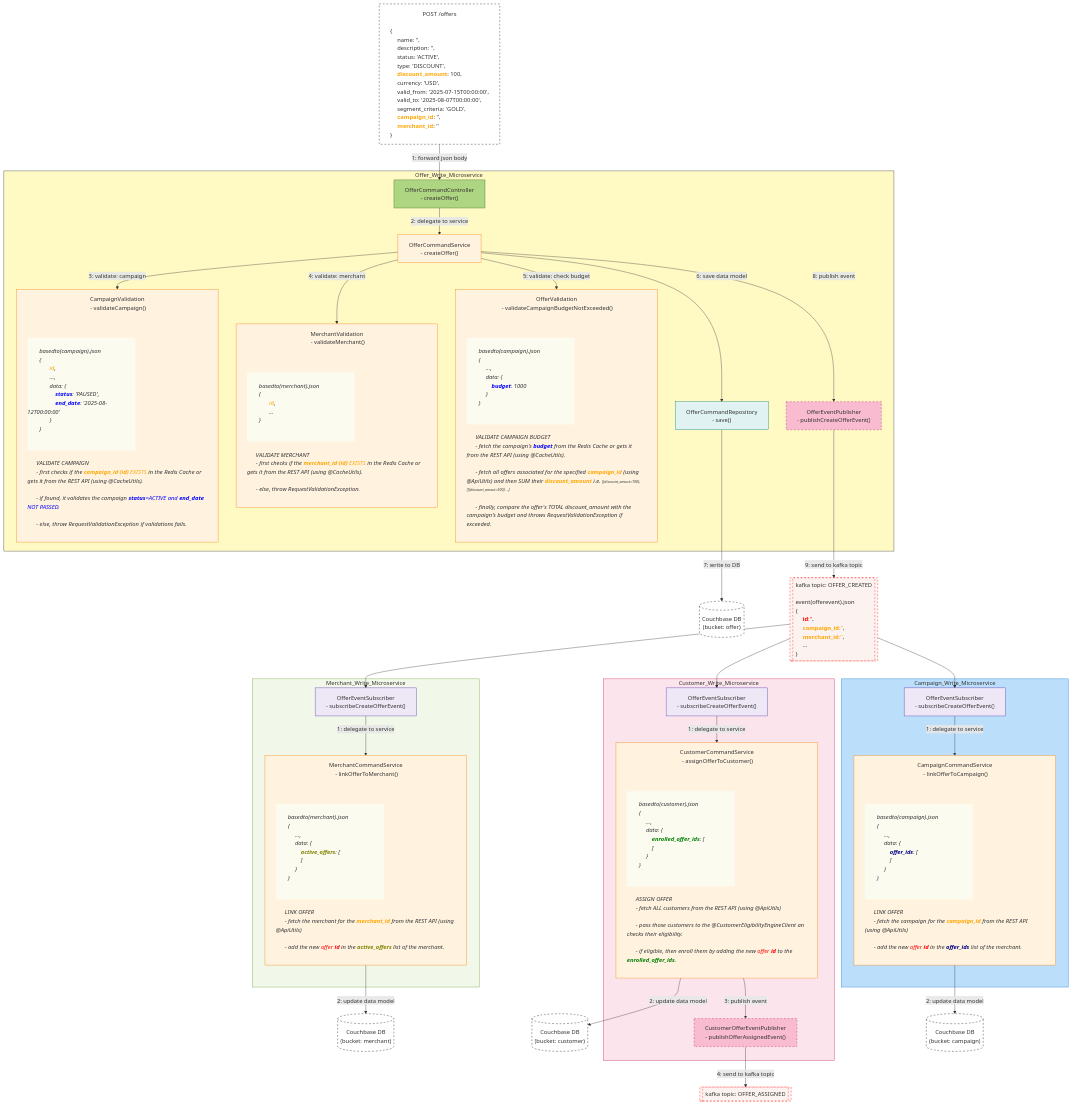
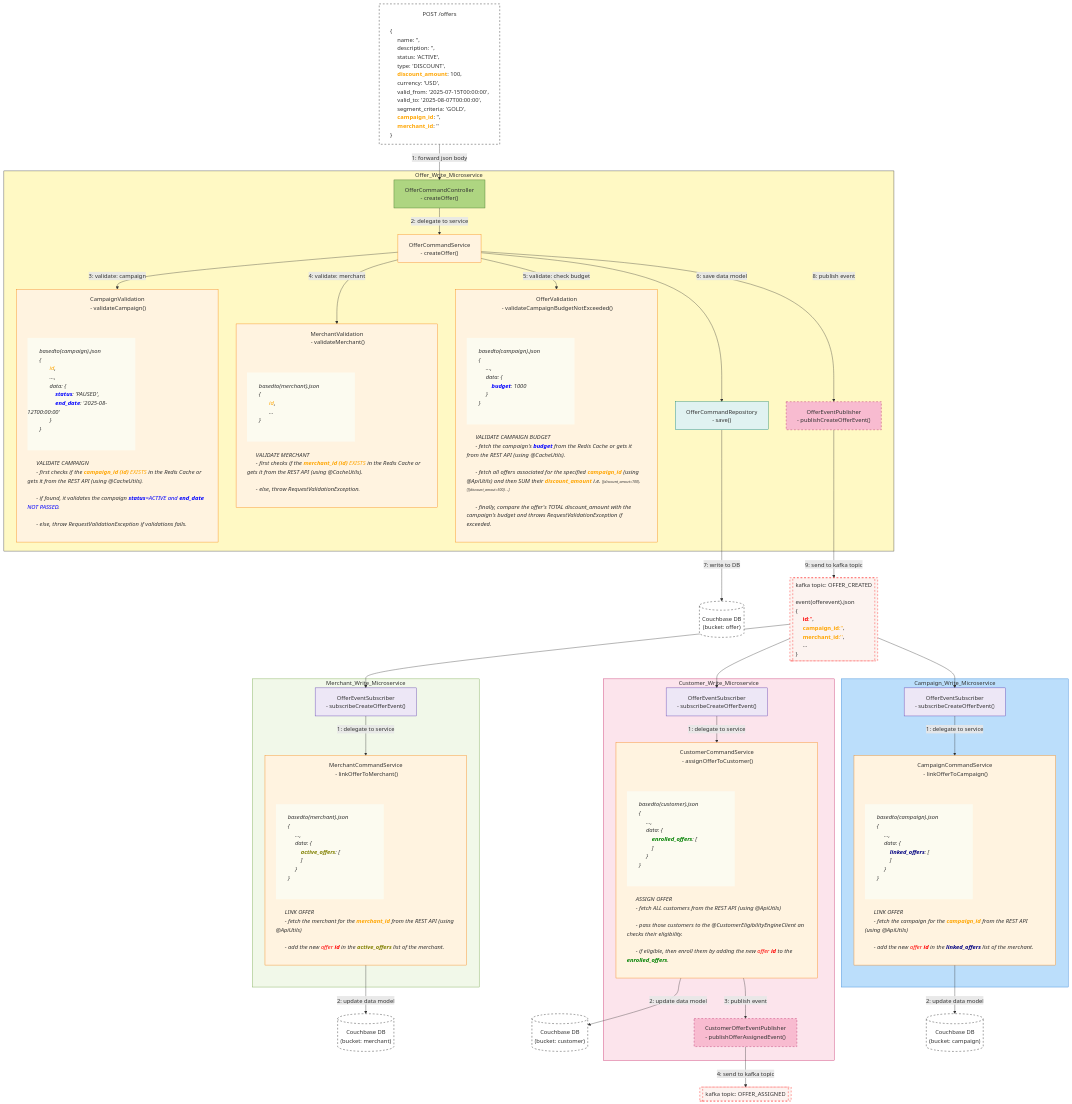
One commit to aakashkumar1980/apps-microservices changed the diagram in _readme_assets/offer_create.mmd. Above: the diagram before and after it, drawn with Mermaid. The commit also changed 16 other files, not shown here.

```diff
--- a/_readme_assets/offer_create.mmd
+++ b/_readme_assets/offer_create.mmd
@@ -159,7 +159,7 @@
         {
         #emsp; ...,
         #emsp; data: {
-        #emsp;#emsp; <font color=green><b>enrolled_offer_ids</b></font>: [
+        #emsp;#emsp; <font color=green><b>enrolled_offers</b></font>: [
         #emsp;#emsp; ]
         #emsp; }
         }<br>
@@ -167,7 +167,7 @@
       ASSIGN OFFER
       - fetch ALL customers from the REST API (using @ApiUtils)<br>
       - pass those customers to the @CustomerEligibilityEngineClient an checks their eligibility.<br>
-      - if eligible, then enroll them by adding the new <font color=red>offer <b>id</b></font> to the <font color=green><b>enrolled_offer_ids</b></font>.
+      - if eligible, then enroll them by adding the new <font color=red>offer <b>id</b></font> to the <font color=green><b>enrolled_offers</b></font>.
     </div>
   "]:::service
 
@@ -199,14 +199,14 @@
         {
         #emsp; ...,
         #emsp; data: {
-        #emsp;#emsp; <font color=navy><b>offer_ids</b></font>: [
+        #emsp;#emsp; <font color=navy><b>linked_offers</b></font>: [
         #emsp;#emsp; ]
         #emsp; }
         }<br>
       </div>
       LINK OFFER
       - fetch the campaign for the <font color=orange><b>campaign_id</b></font> from the REST API (using @ApiUtils)<br>
-      - add the new <font color=red>offer <b>id</b></font> in the <font color=navy><b>offer_ids</b></font> list of the merchant.
+      - add the new <font color=red>offer <b>id</b></font> in the <font color=navy><b>linked_offers</b></font> list of the merchant.
     </div>
   "]:::service
 end
```
